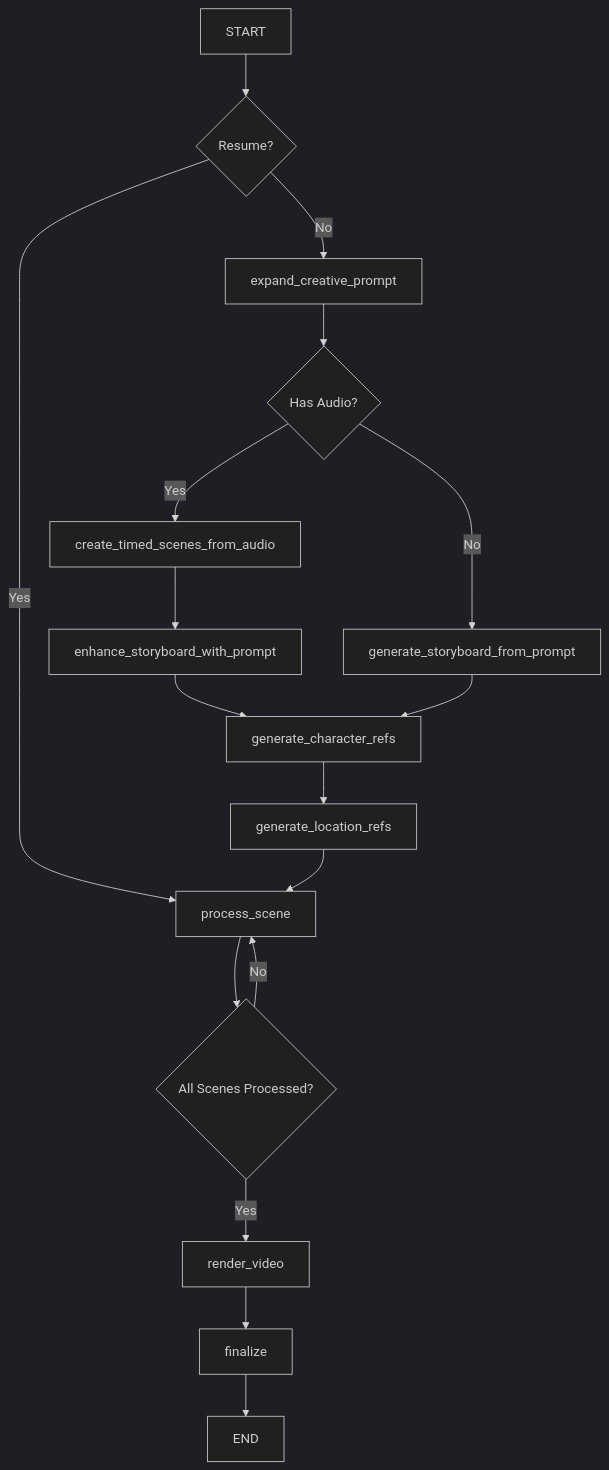
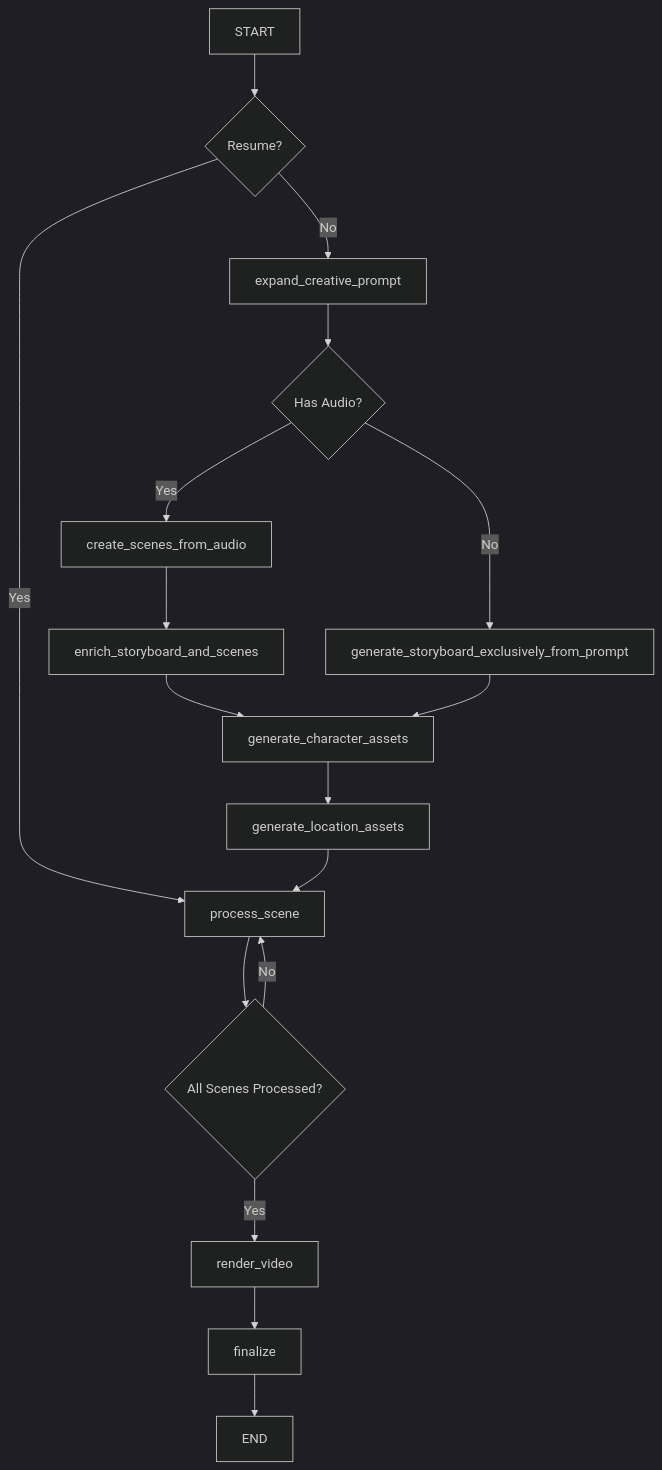
The diagram in README.md (DigitalCreationsCo/generative-cinematic-framework), drawn with Mermaid (dark theme) before and after one commit. The commit also changed 5 other files, not shown here.

Commit message:
generatecharacter and location assets fallback mode: imagen-4.0-generate-001

````diff
--- a/README.md
+++ b/README.md
@@ -29,19 +29,19 @@
 ```mermaid
 graph TD
     A[START] --> B{Resume?};
     B -- No --> C[expand_creative_prompt];
     B -- Yes --> D[process_scene];
     C --> E{Has Audio?};
-    E -- Yes --> F[create_timed_scenes_from_audio];
-    F --> G[enhance_storyboard_with_prompt];
-    E -- No --> H[generate_storyboard_from_prompt];
-    G --> I[generate_character_refs];
-    H --> I[generate_character_refs];
-    I --> J[generate_location_refs];
+    E -- Yes --> F[create_scenes_from_audio];
+    F --> G[enrich_storyboard_and_scenes];
+    E -- No --> H[generate_storyboard_exclusively_from_prompt];
+    G --> I[generate_character_assets];
+    H --> I[generate_character_assets];
+    I --> J[generate_location_assets];
     J --> D;
     D --> K{All Scenes Processed?};
     K -- No --> D;
     K -- Yes --> L[render_video];
     L --> M[finalize];
     M --> N[END];
 ```
````
